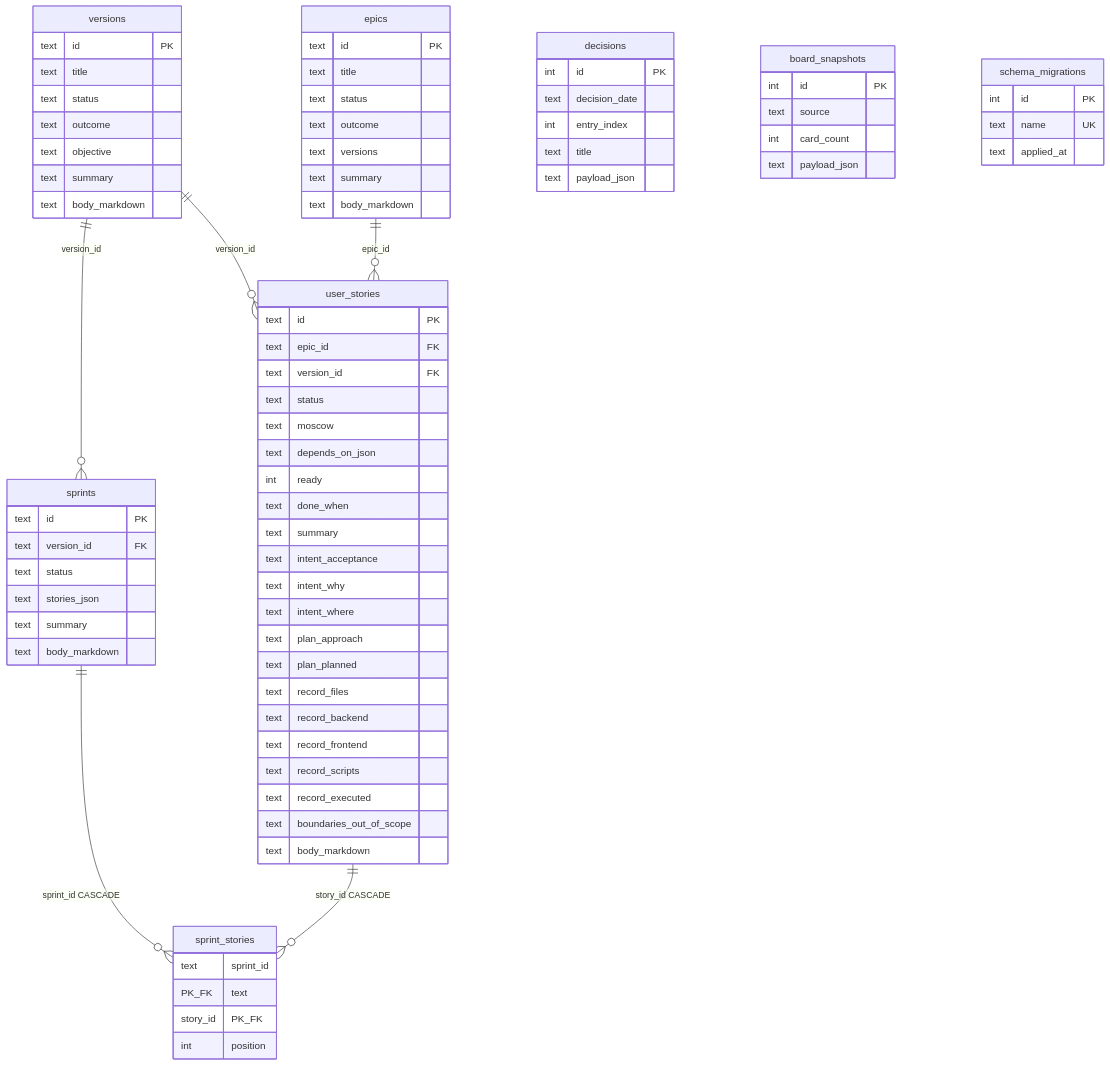
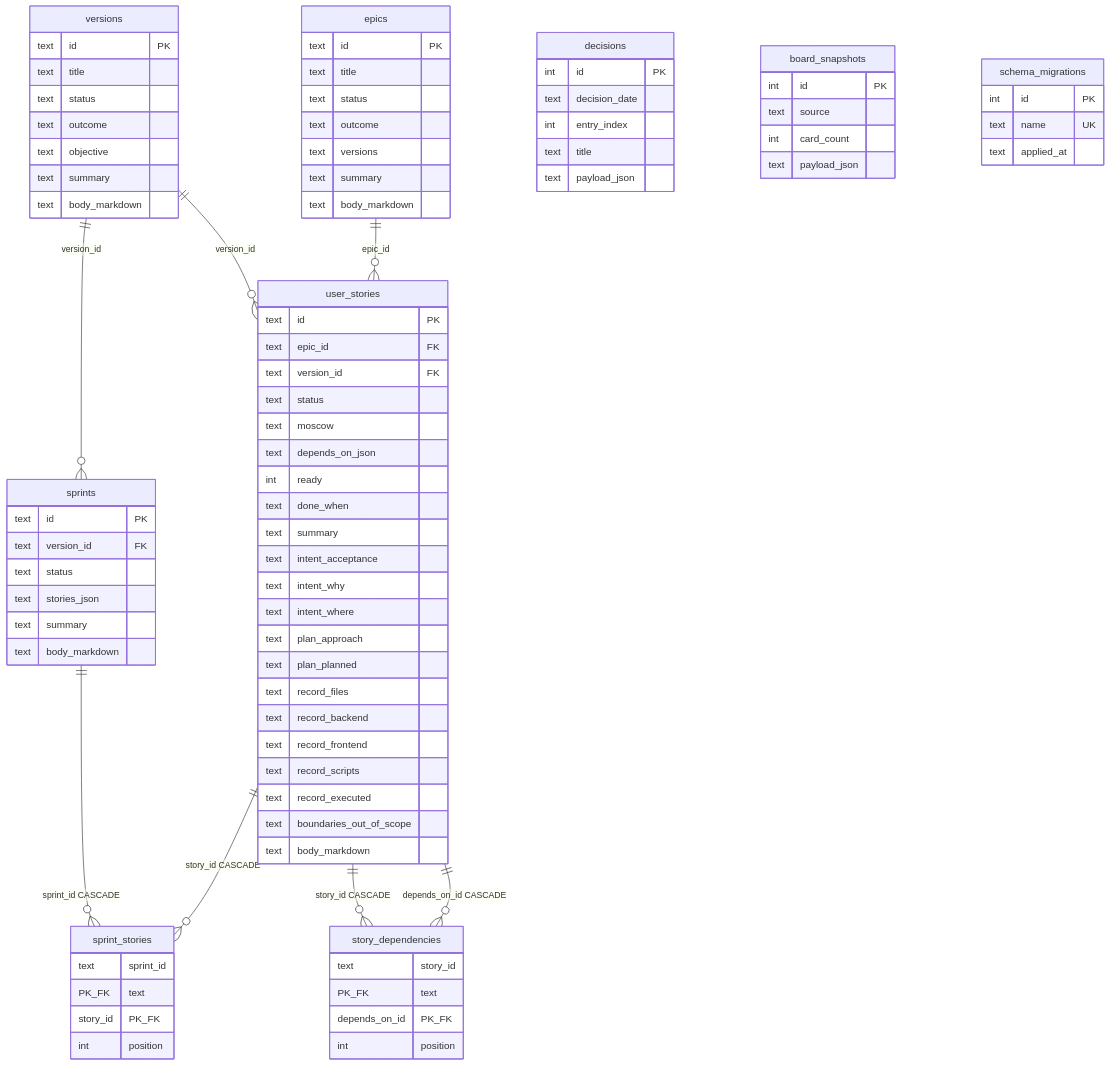
The diagram in docs/06_database.md (colabcolibri/meridian), drawn with Mermaid before and after one commit. The commit also changed other lines of this file and 14 other files, not shown here.

First line of the commit message:
feat(kit,extension): depends_on com FK story_dependencies e picker no form

```diff
--- a/docs/06_database.md
+++ b/docs/06_database.md
@@ -60,6 +60,8 @@
   versions ||--o{ sprints : "version_id"
   sprints ||--o{ sprint_stories : "sprint_id CASCADE"
   user_stories ||--o{ sprint_stories : "story_id CASCADE"
+  user_stories ||--o{ story_dependencies : "story_id CASCADE"
+  user_stories ||--o{ story_dependencies : "depends_on_id CASCADE"
 
   versions {
     text id PK
@@ -120,6 +122,12 @@
     int position
   }
 
+  story_dependencies {
+    text story_id PK_FK
+    text depends_on_id PK_FK
+    int position
+  }
+
   decisions {
     int id PK
     text decision_date
```
